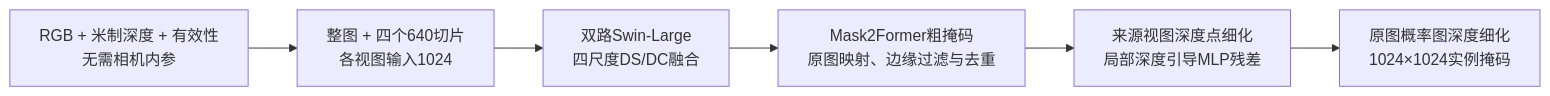
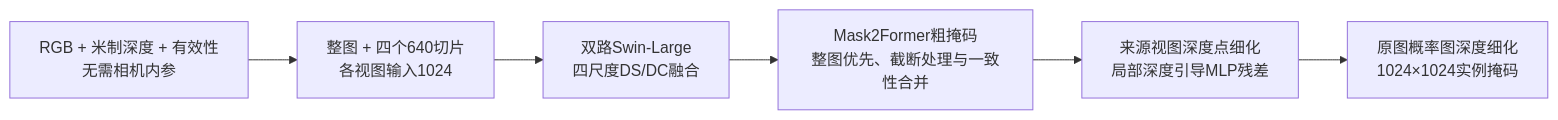
One commit to YuryLee/DPSeg changed the diagram in README.md. Above: the diagram before and after it, drawn with Mermaid. The commit also changed other lines of this file and 75 other files, not shown here.

````diff
--- a/README.md
+++ b/README.md
@@ -37,10 +39,10 @@
 ```mermaid
 flowchart LR
     Input["RGB + 米制深度 + 有效性<br/>无需相机内参"]
     Views["整图 + 四个640切片<br/>各视图输入1024"]
     Fusion["双路Swin-Large<br/>四尺度DS/DC融合"]
-    Merge["Mask2Former粗掩码<br/>原图映射、边缘过滤与去重"]
+    Merge["Mask2Former粗掩码<br/>整图优先、截断处理与一致性合并"]
     Point["来源视图深度点细化<br/>局部深度引导MLP残差"]
     Probability["原图概率图深度细化<br/>1024×1024实例掩码"]
     Input --> Views --> Fusion --> Merge --> Point --> Probability
 ```
````
